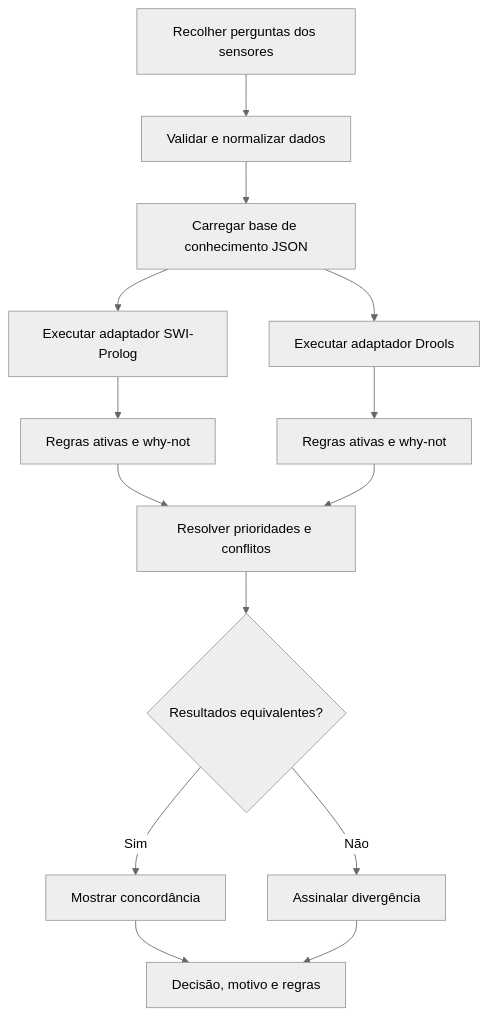
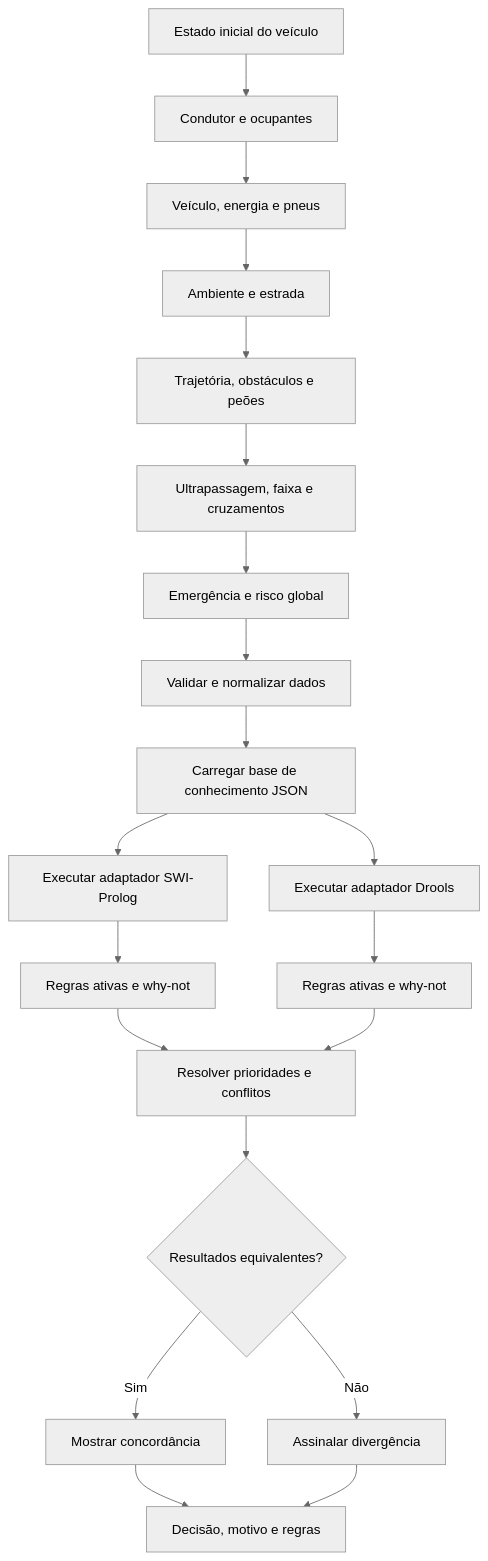
Before and after one commit to 1-2Drive/projeto-1: the diagram in Exemplo_Projeto/docs/prototype-flow.md, drawn with Mermaid (neutral theme). The commit also changed other lines of this file and 51 other files, not shown here.

````diff
--- a/Exemplo_Projeto/docs/prototype-flow.md
+++ b/Exemplo_Projeto/docs/prototype-flow.md
@@ -6,16 +7,22 @@
 ```mermaid
 flowchart TD
-    A[Recolher perguntas dos sensores] --> B[Validar e normalizar dados]
+    A[Estado inicial do veículo] --> A2[Condutor e ocupantes]
+    A2 --> A3[Veículo, energia e pneus]
+    A3 --> A4[Ambiente e estrada]
+    A4 --> A5[Trajetória, obstáculos e peões]
+    A5 --> A6[Ultrapassagem, faixa e cruzamentos]
+    A6 --> A7[Emergência e risco global]
+    A7 --> B[Validar e normalizar dados]
     B --> C[Carregar base de conhecimento JSON]
     C --> P[Executar adaptador SWI-Prolog]
     C --> D[Executar adaptador Drools]
     P --> RP[Regras ativas e why-not]
     D --> RD[Regras ativas e why-not]
     RP --> X[Resolver prioridades e conflitos]
     RD --> X
     X --> Q{Resultados equivalentes?}
     Q -- Sim --> S[Mostrar concordância]
     Q -- Não --> N[Assinalar divergência]
     S --> O[Decisão, motivo e regras]
     N --> O
 ```
````
